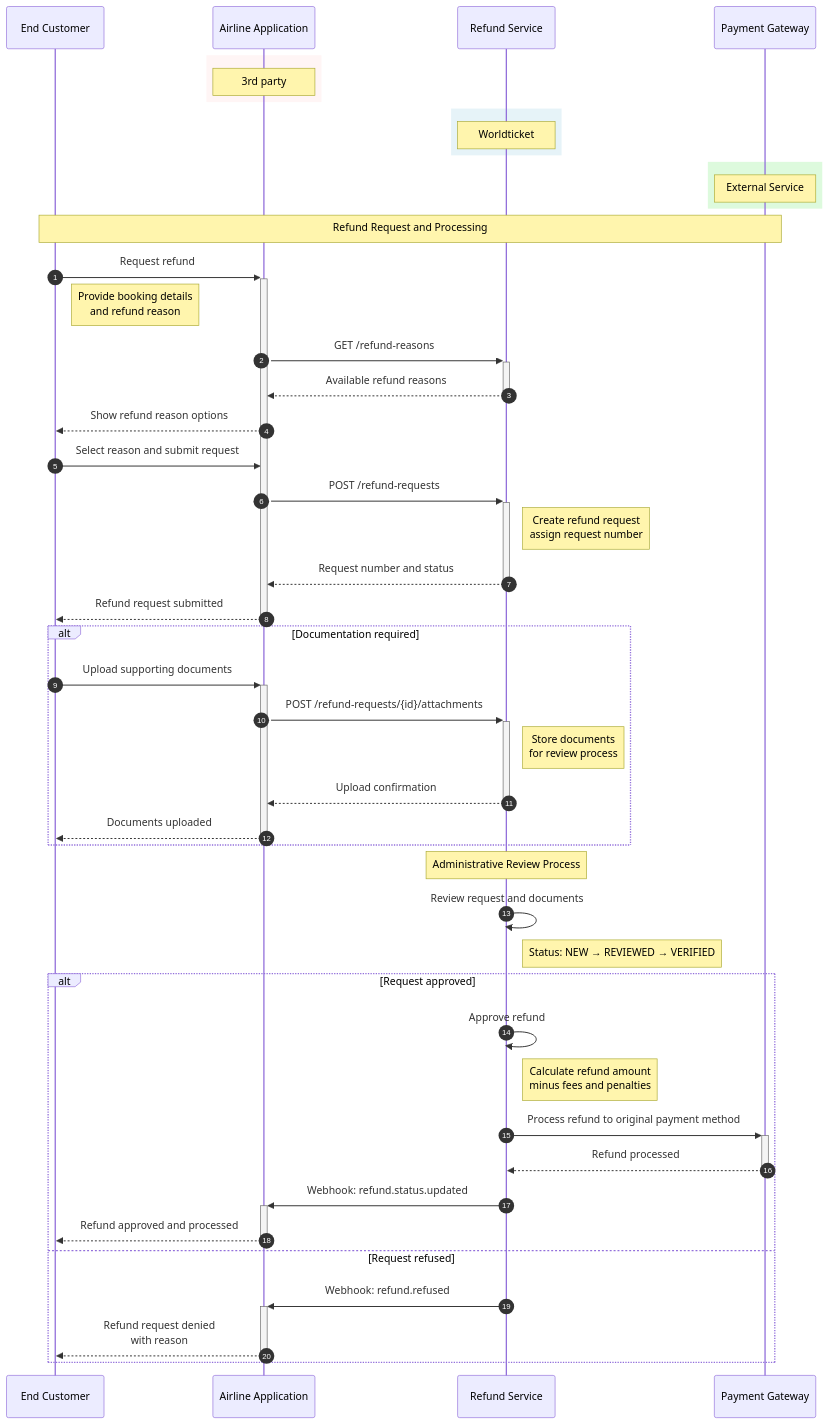
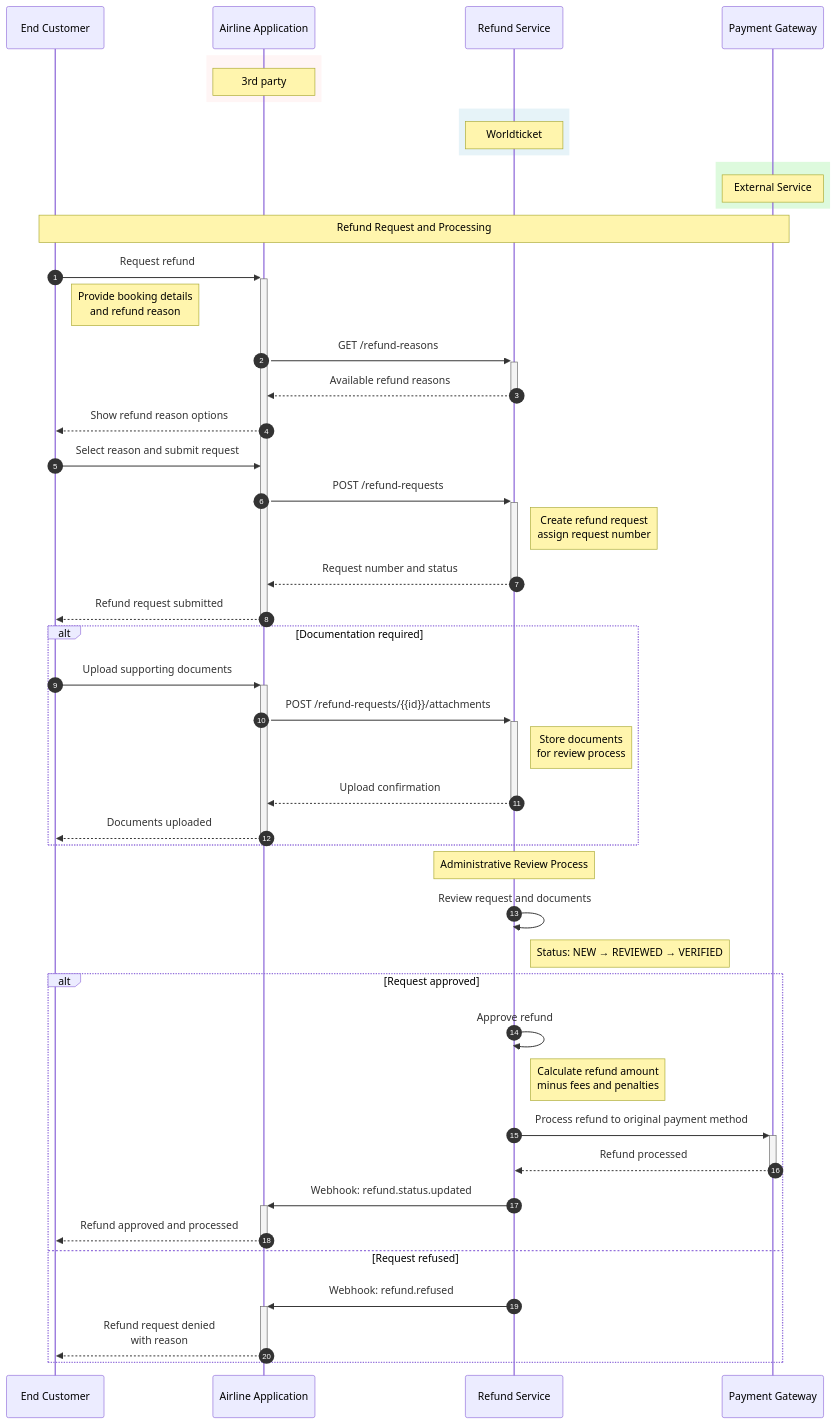
The diagram in ota/generic/refund-process.md (GO7-WorldTicket/docs), drawn with Mermaid before and after one commit. The commit also changed other lines of this file and 11 other files, not shown here.

````diff
--- a/ota/generic/refund-process.md
+++ b/ota/generic/refund-process.md
@@ -28,56 +28,56 @@
 ```mermaid
 sequenceDiagram
     autonumber
     participant Customer as End Customer
     participant Application as Airline Application
     participant RefundService as Refund Service
     participant PaymentGateway as Payment Gateway
 
     rect rgba(255, 221, 221, 0.3)
         Note over Application: 3rd party
     end
     rect rgba(173, 216, 230, 0.3)
         Note over RefundService: Worldticket
     end
     rect rgba(144, 238, 144, 0.3)
         Note over PaymentGateway: External Service
     end
 
     Note over Customer, PaymentGateway: Refund Request and Processing
     Customer->>+Application: Request refund
     Note right of Customer: Provide booking details<br/>and refund reason
 
     Application->>+RefundService: GET /refund-reasons
     RefundService-->>-Application: Available refund reasons
     Application-->>Customer: Show refund reason options
 
     Customer->>Application: Select reason and submit request
     Application->>+RefundService: POST /refund-requests
     Note right of RefundService: Create refund request<br/>assign request number
     RefundService-->>-Application: Request number and status
     Application-->>-Customer: Refund request submitted
 
     alt Documentation required
         Customer->>+Application: Upload supporting documents
-        Application->>+RefundService: POST /refund-requests/{id}/attachments
+        Application->>+RefundService: POST /refund-requests/{{id}}/attachments
         Note right of RefundService: Store documents<br/>for review process
         RefundService-->>-Application: Upload confirmation
         Application-->>-Customer: Documents uploaded
     end
 
     Note over RefundService: Administrative Review Process
     RefundService->>RefundService: Review request and documents
     Note right of RefundService: Status: NEW → REVIEWED → VERIFIED
 
     alt Request approved
         RefundService->>RefundService: Approve refund
         Note right of RefundService: Calculate refund amount<br/>minus fees and penalties
         RefundService->>+PaymentGateway: Process refund to original payment method
         PaymentGateway-->>-RefundService: Refund processed
         RefundService->>+Application: Webhook: refund.status.updated
         Application-->>-Customer: Refund approved and processed
     else Request refused
         RefundService->>+Application: Webhook: refund.refused
         Application-->>-Customer: Refund request denied<br/>with reason
     end
 ```
````
